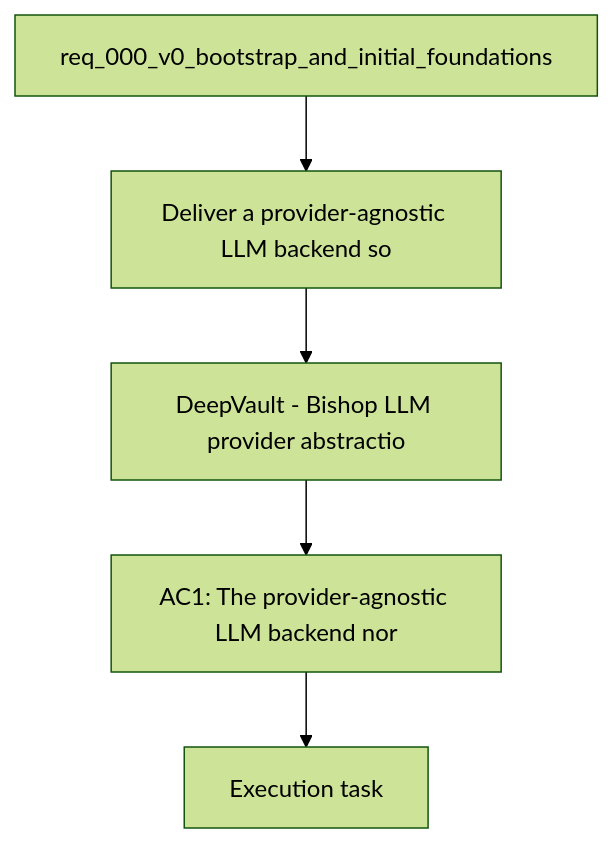
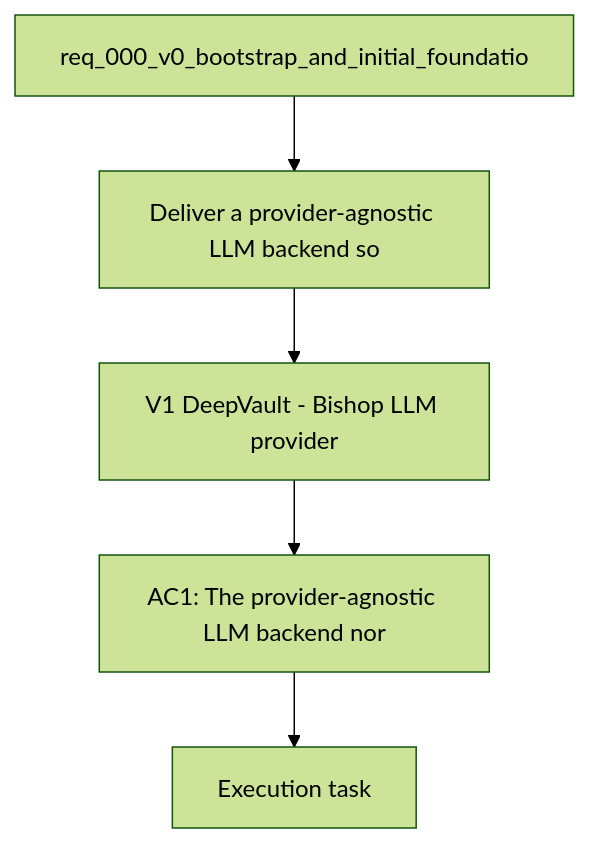
The diagram in logics/backlog/item_007_v1_llm_provider_abstraction_for_openai_and_gemini.md (AlexAgo83/deepvault), drawn with Mermaid (forest theme) before and after one commit. The commit also changed 28 other files, not shown here.

````diff
--- a/logics/backlog/item_007_v1_llm_provider_abstraction_for_openai_and_gemini.md
+++ b/logics/backlog/item_007_v1_llm_provider_abstraction_for_openai_and_gemini.md
@@ -22,9 +22,9 @@
 ```mermaid
 %% logics-kind: backlog
 %% logics-signature: backlog|v1-deepvault-bishop-llm-provider-abstrac|req-000-v0-bootstrap-and-initial-foundat|deliver-a-provider-agnostic-llm-backend-|ac1-the-provider-agnostic-llm-backend-no
 flowchart TD
-    Request[req_000_v0_bootstrap_and_initial_foundations] --> Problem[Deliver a provider-agnostic LLM backend so]
-    Problem --> Scope[DeepVault - Bishop LLM provider abstractio]
+    Request[req_000_v0_bootstrap_and_initial_foundatio] --> Problem[Deliver a provider-agnostic LLM backend so]
+    Problem --> Scope[V1 DeepVault - Bishop LLM provider]
     Scope --> Acceptance[AC1: The provider-agnostic LLM backend nor]
     Acceptance --> Tasks[Execution task]
 ```
````
